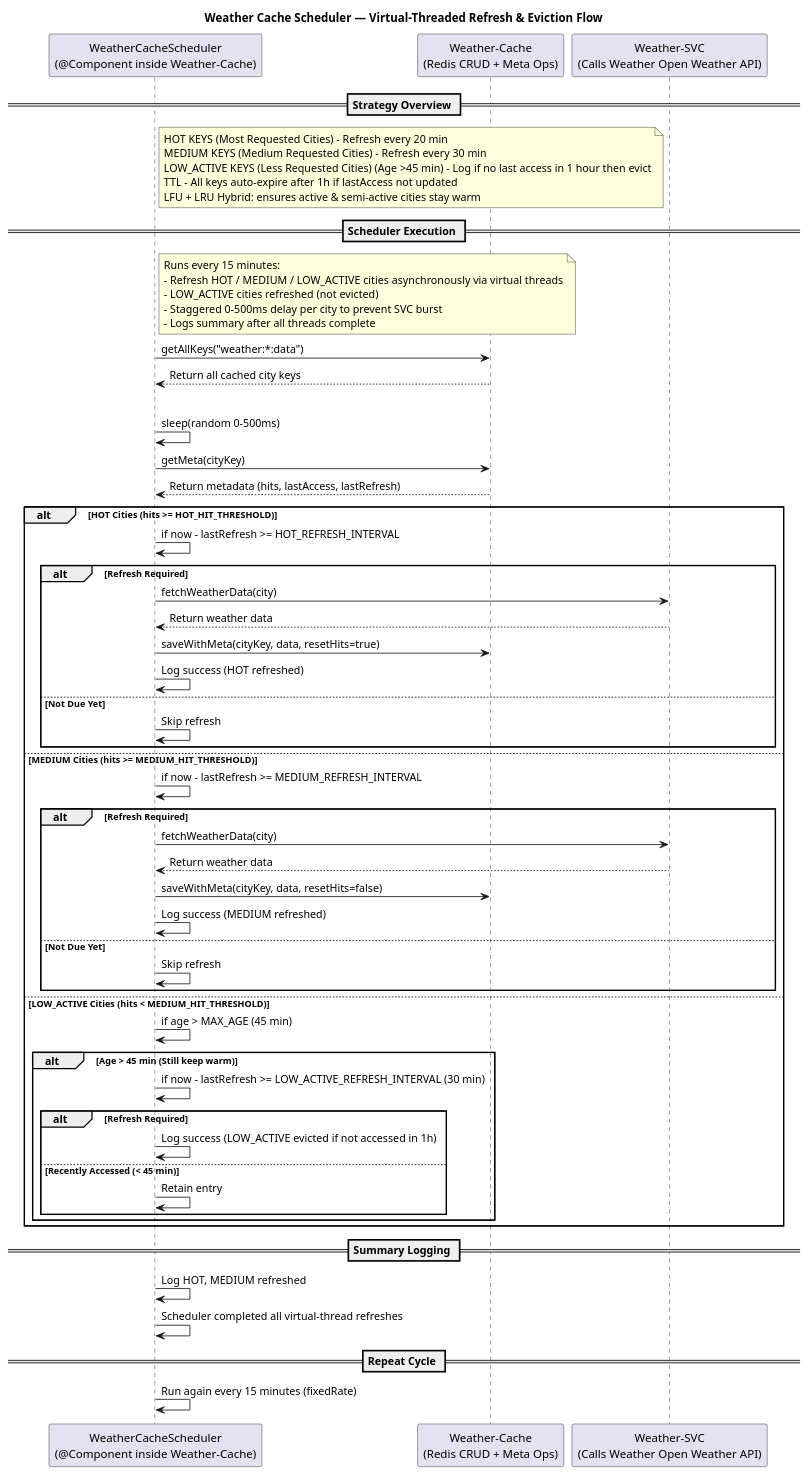
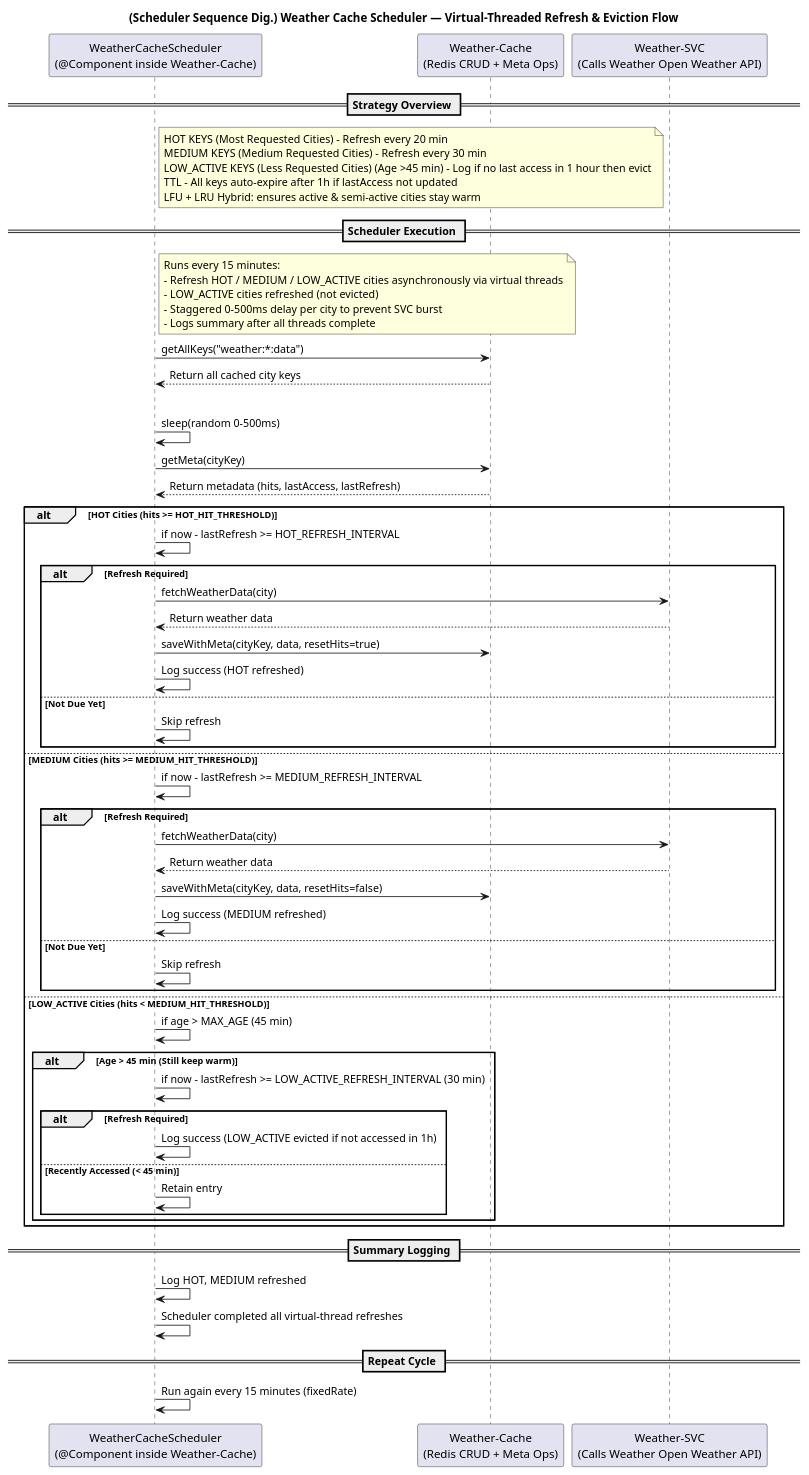
One commit to shivamnamdeo0101/weather-app changed the diagram in SequnceSchedularDig.puml. Above: the diagram before and after it, drawn with PlantUML. The commit also changed 3 other files, not shown here.

```diff
--- a/SequnceSchedularDig.puml
+++ b/SequnceSchedularDig.puml
@@ -1,78 +1,78 @@
 @startuml
-title Weather Cache Scheduler — Virtual-Threaded Refresh & Eviction Flow
+title (Scheduler Sequence Dig.) Weather Cache Scheduler — Virtual-Threaded Refresh & Eviction Flow
 
 participant "WeatherCacheScheduler\n(@Component inside Weather-Cache)" as scheduler
 participant "Weather-Cache\n(Redis CRUD + Meta Ops)" as redis
 participant "Weather-SVC\n(Calls Weather Open Weather API)" as svc
 
 == Strategy Overview ==
 note right of scheduler
 HOT KEYS (Most Requested Cities) - Refresh every 20 min
 MEDIUM KEYS (Medium Requested Cities) - Refresh every 30 min
 LOW_ACTIVE KEYS (Less Requested Cities) (Age >45 min) - Log if no last access in 1 hour then evict
 TTL - All keys auto-expire after 1h if lastAccess not updated
 LFU + LRU Hybrid: ensures active & semi-active cities stay warm
 end note
 
 == Scheduler Execution ==
 note right of scheduler
 Runs every 15 minutes:
 - Refresh HOT / MEDIUM / LOW_ACTIVE cities asynchronously via virtual threads
 - LOW_ACTIVE cities refreshed (not evicted)
 - Staggered 0–500ms delay per city to prevent SVC burst
 - Logs summary after all threads complete
 end note
 
 scheduler -> redis: getAllKeys("weather:*:data")
 redis --> scheduler: Return all cached city keys
 
 loop For each cityKey in cache (virtual thread)
     scheduler -> scheduler: sleep(random 0–500ms)
 
     scheduler -> redis: getMeta(cityKey)
     redis --> scheduler: Return metadata (hits, lastAccess, lastRefresh)
 
     alt HOT Cities (hits >= HOT_HIT_THRESHOLD)
         scheduler -> scheduler: if now - lastRefresh >= HOT_REFRESH_INTERVAL
         alt Refresh Required
             scheduler -> svc: fetchWeatherData(city)
             svc --> scheduler: Return weather data
             scheduler -> redis: saveWithMeta(cityKey, data, resetHits=true)
             scheduler -> scheduler: Log success (HOT refreshed)
         else Not Due Yet
             scheduler -> scheduler: Skip refresh
         end
 
     else MEDIUM Cities (hits >= MEDIUM_HIT_THRESHOLD)
         scheduler -> scheduler: if now - lastRefresh >= MEDIUM_REFRESH_INTERVAL
         alt Refresh Required
             scheduler -> svc: fetchWeatherData(city)
             svc --> scheduler: Return weather data
             scheduler -> redis: saveWithMeta(cityKey, data, resetHits=false)
             scheduler -> scheduler: Log success (MEDIUM refreshed)
         else Not Due Yet
             scheduler -> scheduler: Skip refresh
         end
 
     else LOW_ACTIVE Cities (hits < MEDIUM_HIT_THRESHOLD)
         scheduler -> scheduler: if age > MAX_AGE (45 min)
         alt Age > 45 min (Still keep warm)
             scheduler -> scheduler: if now - lastRefresh >= LOW_ACTIVE_REFRESH_INTERVAL (30 min)
             alt Refresh Required
                   scheduler -> scheduler: Log success (LOW_ACTIVE evicted if not accessed in 1h)
         else Recently Accessed (< 45 min)
             scheduler -> scheduler: Retain entry
         end
     end
 end
 
 == Summary Logging ==
 scheduler -> scheduler: Log HOT, MEDIUM refreshed
 scheduler -> scheduler: Scheduler completed all virtual-thread refreshes
 
 == Repeat Cycle ==
 scheduler -> scheduler: Run again every 15 minutes (fixedRate)
 
 
 
 @enduml
```
